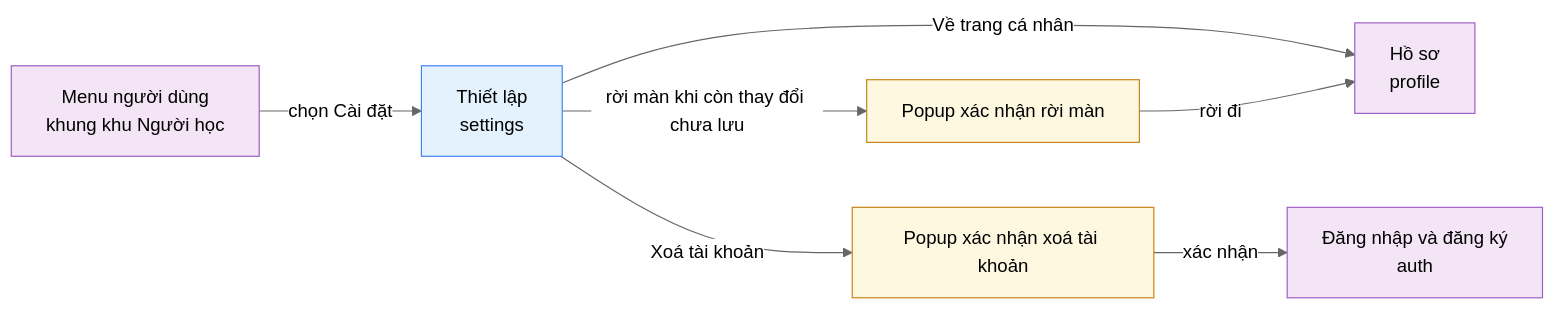
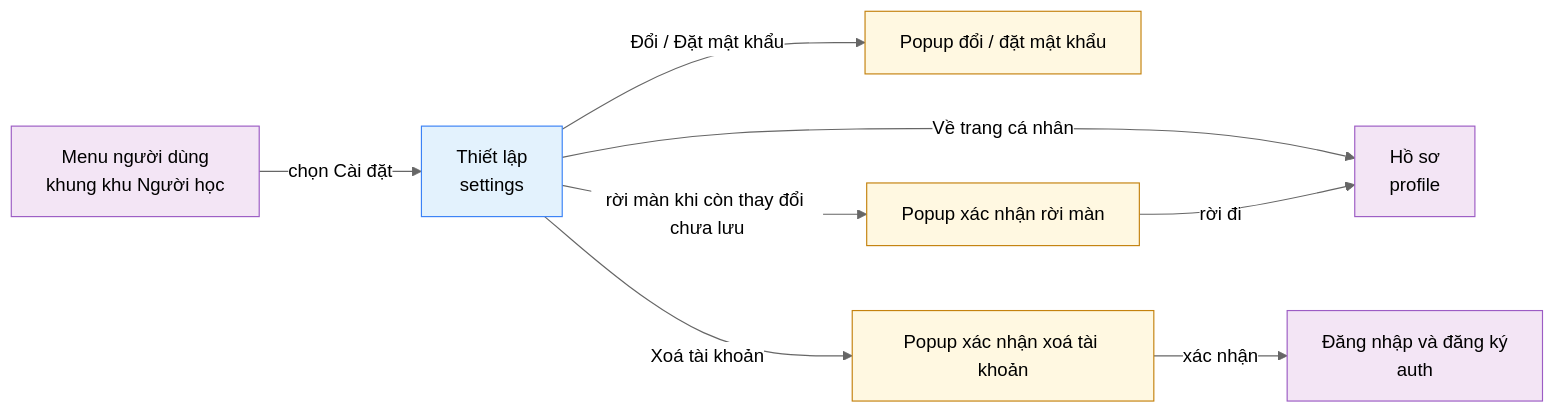
Before and after one commit to daiphu1801/PRJ_ALGOPREP: the diagram in 02-bd/screens/users/USR0503_settings.md, drawn with Mermaid (neutral theme). The commit also changed other lines of this file and 290 other files, not shown here.

````diff
--- a/02-bd/screens/users/USR0503_settings.md
+++ b/02-bd/screens/users/USR0503_settings.md
@@ -167,17 +195,18 @@
 ```mermaid
 flowchart LR
     nav["Menu người dùng<br/>khung khu Người học"] -->|"chọn Cài đặt"| main["Thiết lập<br/>settings"]
     main -->|"Về trang cá nhân"| profile["Hồ sơ<br/>profile"]
+    main -->|"Đổi / Đặt mật khẩu"| pwd["Popup đổi / đặt mật khẩu"]
     main -->|"Xoá tài khoản"| del["Popup xác nhận xoá tài khoản"]
     del -->|"xác nhận"| auth["Đăng nhập và đăng ký<br/>auth"]
     main -->|"rời màn khi còn thay đổi chưa lưu"| leave["Popup xác nhận rời màn"]
     leave -->|"rời đi"| profile
 
     classDef source fill:#F3E5F5,stroke:#9C5CC4,color:#000
     classDef screen fill:#E3F2FD,stroke:#3B82F6,color:#000
     classDef popup fill:#FFF8E1,stroke:#C4820E,color:#000
 
     class nav,profile,auth source
     class main screen
-    class del,leave popup
+    class del,leave,pwd popup
 ```
````
